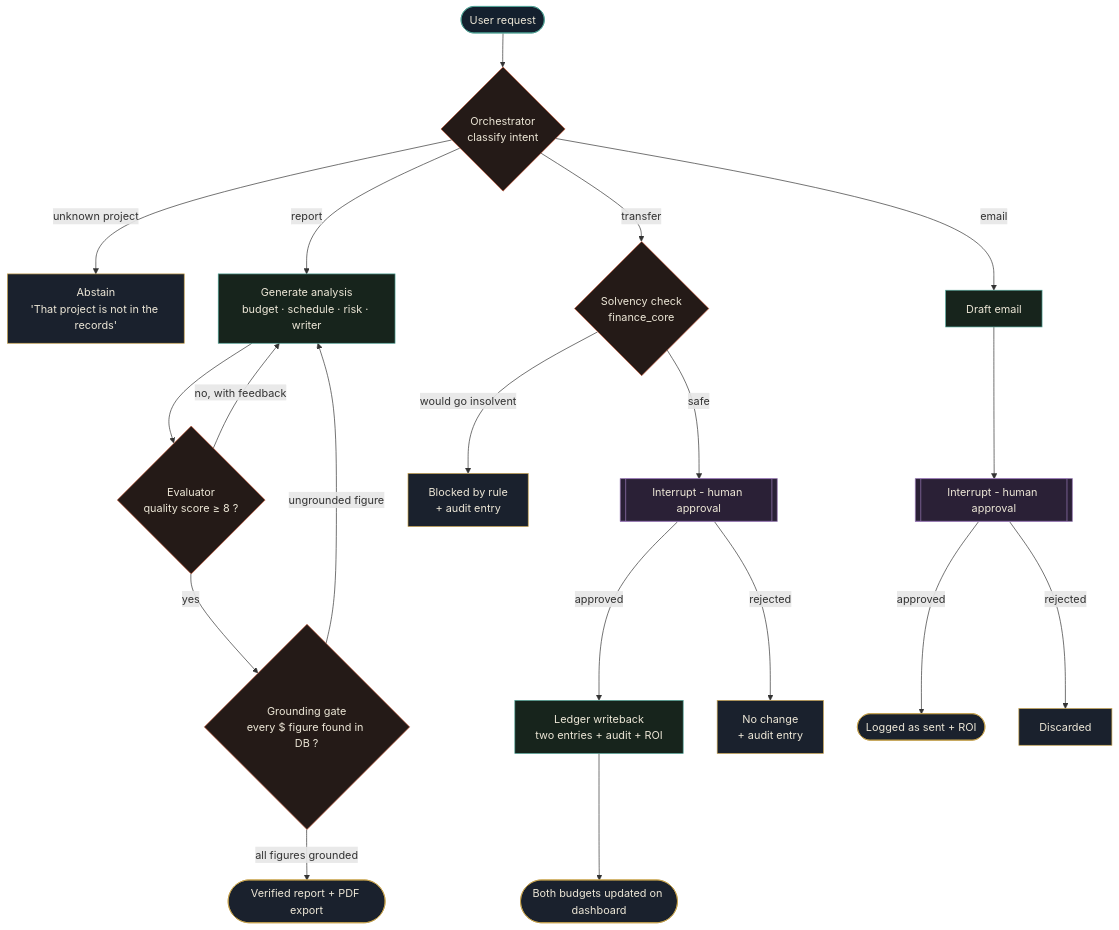
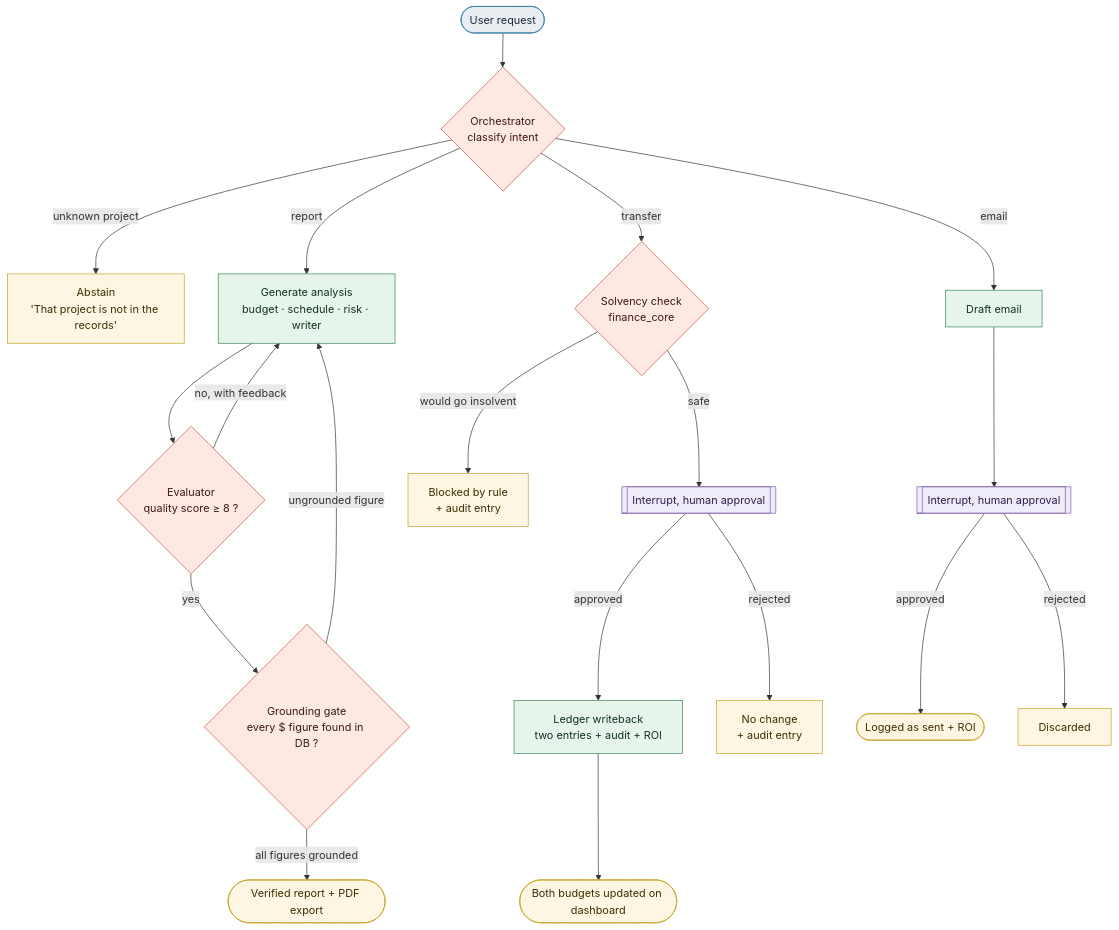
Before and after one commit to SuraSammour12/keystone-construction-ai-command-center: the second of 3 diagrams in README.md, drawn with Mermaid. The commit also changed other lines of this file, not shown here.

````diff
--- a/README.md
+++ b/README.md
@@ -164,35 +164,35 @@
 ```mermaid
 flowchart TD
     U([User request]) --> O{Orchestrator<br/>classify intent}
 
     O -->|unknown project| AB["Abstain<br/>'That project is not in the records'"]
 
     O -->|report| RG[Generate analysis<br/>budget · schedule · risk · writer]
     RG --> EV{Evaluator<br/>quality score ≥ 8 ?}
     EV -->|no, with feedback| RG
     EV -->|yes| GV{Grounding gate<br/>every $ figure found in DB ?}
     GV -->|ungrounded figure| RG
     GV -->|all figures grounded| OUT1([Verified report + PDF export])
 
     O -->|transfer| CK{Solvency check<br/>finance_core}
     CK -->|would go insolvent| REJ["Blocked by rule<br/>+ audit entry"]
-    CK -->|safe| H1[[Interrupt - human approval]]
+    CK -->|safe| H1[[Interrupt, human approval]]
     H1 -->|approved| WB[Ledger writeback<br/>two entries + audit + ROI]
     H1 -->|rejected| N1["No change<br/>+ audit entry"]
     WB --> OUT2([Both budgets updated on dashboard])
 
-    O -->|email| DR[Draft email] --> H2[[Interrupt - human approval]]
+    O -->|email| DR[Draft email] --> H2[[Interrupt, human approval]]
     H2 -->|approved| SENT([Logged as sent + ROI])
     H2 -->|rejected| N2[Discarded]
 
-    classDef start fill:#14202E,stroke:#4FA396,color:#ECE6D6
-    classDef gate fill:#241A17,stroke:#C65A3C,color:#ECE6D6
-    classDef act fill:#17241C,stroke:#4FA396,color:#ECE6D6
-    classDef hitl fill:#2A2036,stroke:#9B7BB8,color:#ECE6D6
-    classDef done fill:#1A212D,stroke:#C7A24C,color:#ECE6D6
+    classDef start fill:#E8EEF2,stroke:#3A7CA5,color:#1B2A38
+    classDef gate fill:#FDE8E4,stroke:#C65A3C,color:#3E1A10
+    classDef act fill:#E6F4EA,stroke:#34855A,color:#14331F
+    classDef hitl fill:#F0EBF8,stroke:#7B5EA7,color:#2D1F4E
+    classDef done fill:#FDF6E3,stroke:#C9A227,color:#3D2E00
     class U start
     class O,EV,GV,CK gate
     class RG,WB,DR act
     class H1,H2 hitl
     class OUT1,OUT2,SENT,AB,REJ,N1,N2 done
 ```
````
